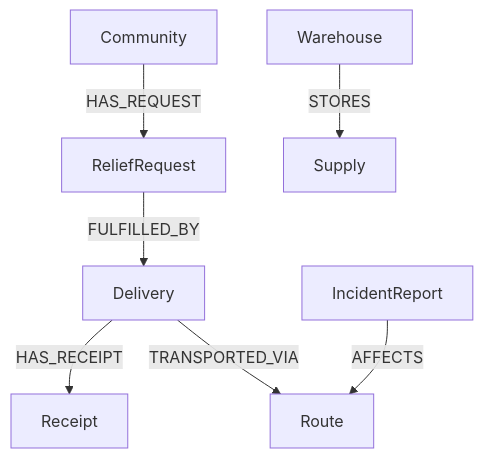
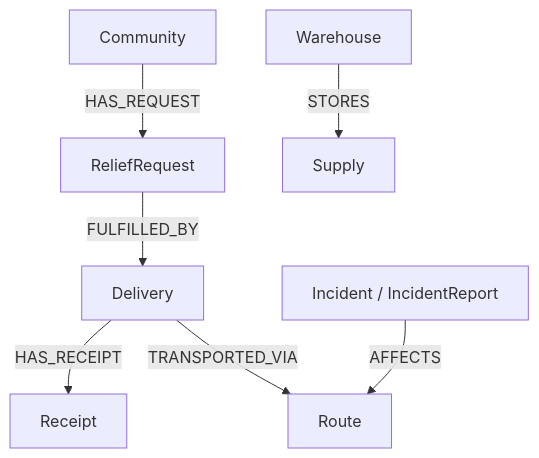
One commit to YADHUKISHANTR/AidTrace changed the diagram in README.md. Above: the diagram before and after it, drawn with Mermaid. The commit also changed other lines of this file, not shown here.

Commit message:
added a screenshot example of wayanad scenario graph

````diff
--- a/README.md
+++ b/README.md
@@ -69,9 +68,9 @@
 ```mermaid
 flowchart TD
     C["Community"] -->|HAS_REQUEST| R["ReliefRequest"]
     R -->|FULFILLED_BY| D["Delivery"]
     D -->|HAS_RECEIPT| REC["Receipt"]
     D -->|TRANSPORTED_VIA| RT["Route"]
-    I["IncidentReport"] -->|AFFECTS| RT
+    I["Incident / IncidentReport"] -->|AFFECTS| RT
     W["Warehouse"] -->|STORES| S["Supply"]
 ```
````
